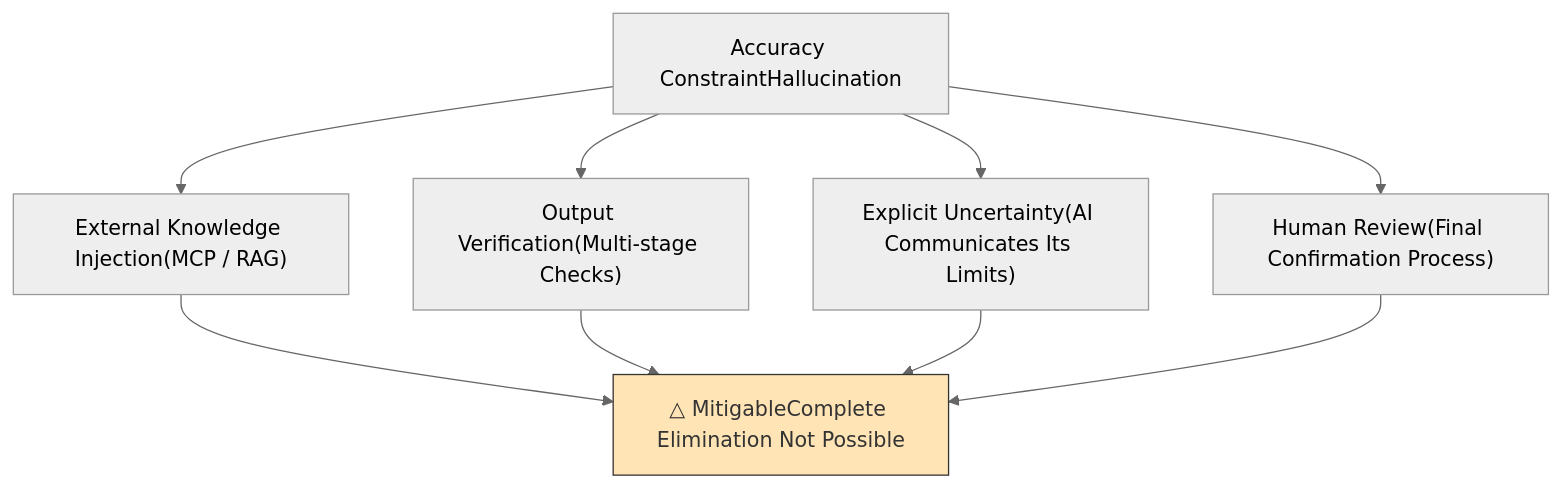
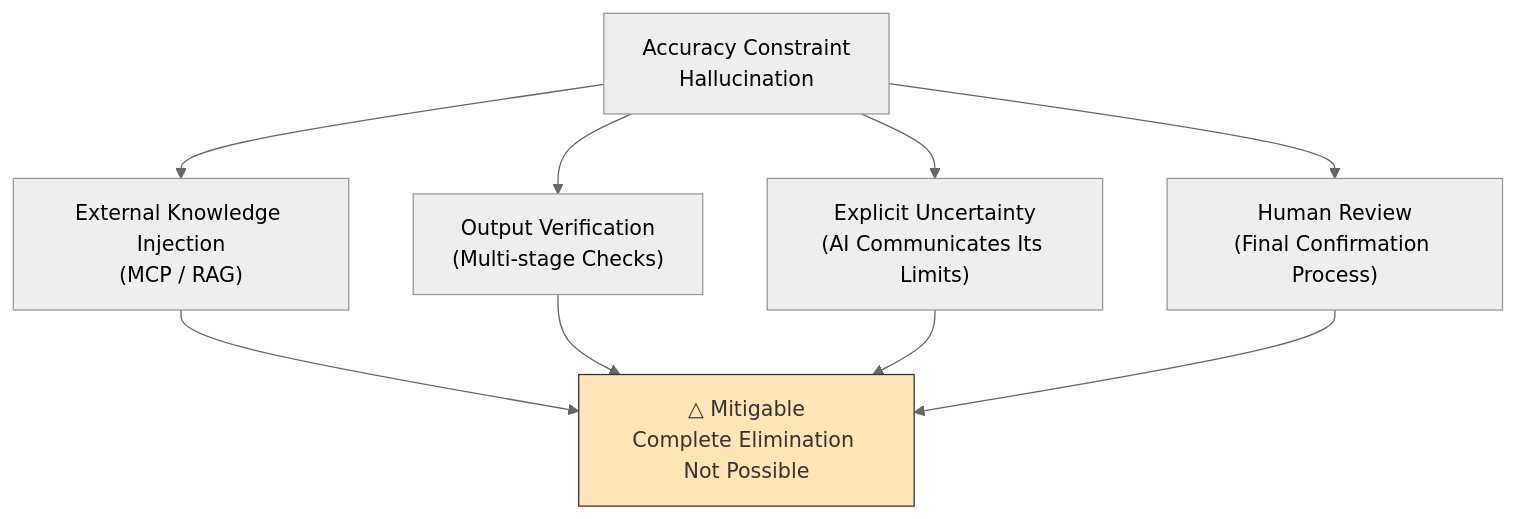
One commit to shuji-bonji/ai-agent-architecture changed the fourth of 10 diagrams in docs/concepts/05-solving-ai-limitations.md. Above: the diagram before and after it, drawn with Mermaid (neutral theme). The commit also changed other lines of this file and 8 other files, not shown here.

````diff
--- a/docs/concepts/05-solving-ai-limitations.md
+++ b/docs/concepts/05-solving-ai-limitations.md
@@ -130,16 +130,16 @@
 ```mermaid
 flowchart TB
-    PROBLEM["Accuracy Constraint<bn>Hallucination"]
+    PROBLEM["Accuracy Constraint<br>Hallucination"]
 
-    PROBLEM --> INJECT["External Knowledge Injection<bn>(MCP / RAG)"]
-    PROBLEM --> VERIFY["Output Verification<bn>(Multi-stage Checks)"]
-    PROBLEM --> DECLARE["Explicit Uncertainty<bn>(AI Communicates Its Limits)"]
-    PROBLEM --> HUMAN["Human Review<bn>(Final Confirmation Process)"]
+    PROBLEM --> INJECT["External Knowledge Injection<br>(MCP / RAG)"]
+    PROBLEM --> VERIFY["Output Verification<br>(Multi-stage Checks)"]
+    PROBLEM --> DECLARE["Explicit Uncertainty<br>(AI Communicates Its Limits)"]
+    PROBLEM --> HUMAN["Human Review<br>(Final Confirmation Process)"]
 
-    INJECT --> EVAL["△ Mitigable<bn>Complete Elimination Not Possible"]
+    INJECT --> EVAL["△ Mitigable<br>Complete Elimination Not Possible"]
     VERIFY --> EVAL
     DECLARE --> EVAL
     HUMAN --> EVAL
 
     style EVAL fill:#FFE4B5,color:#333,stroke:#333
 ```
````
